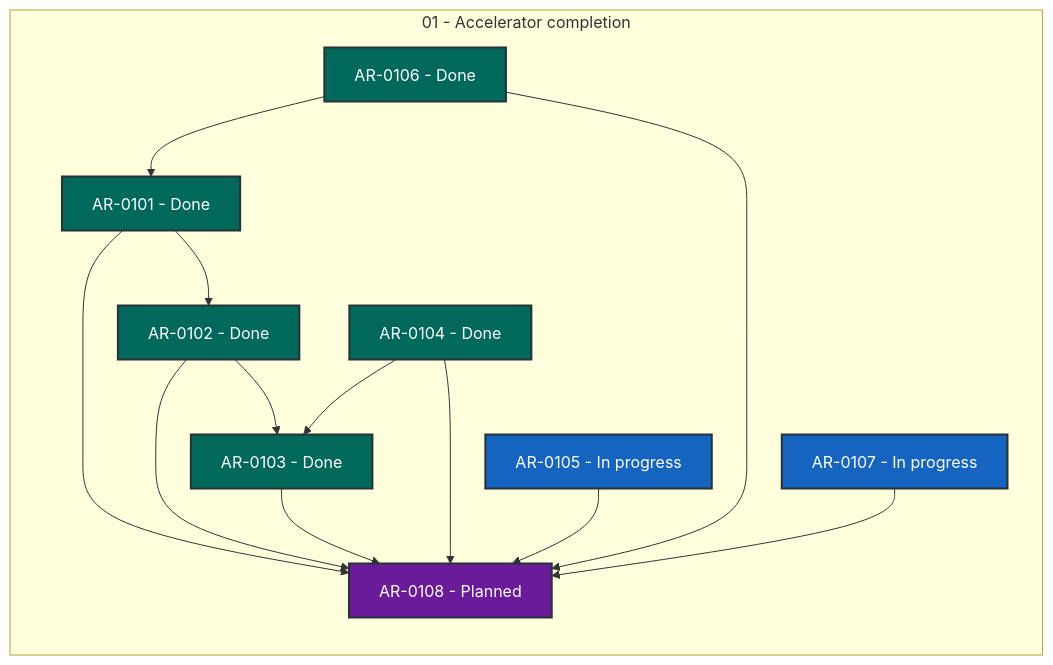
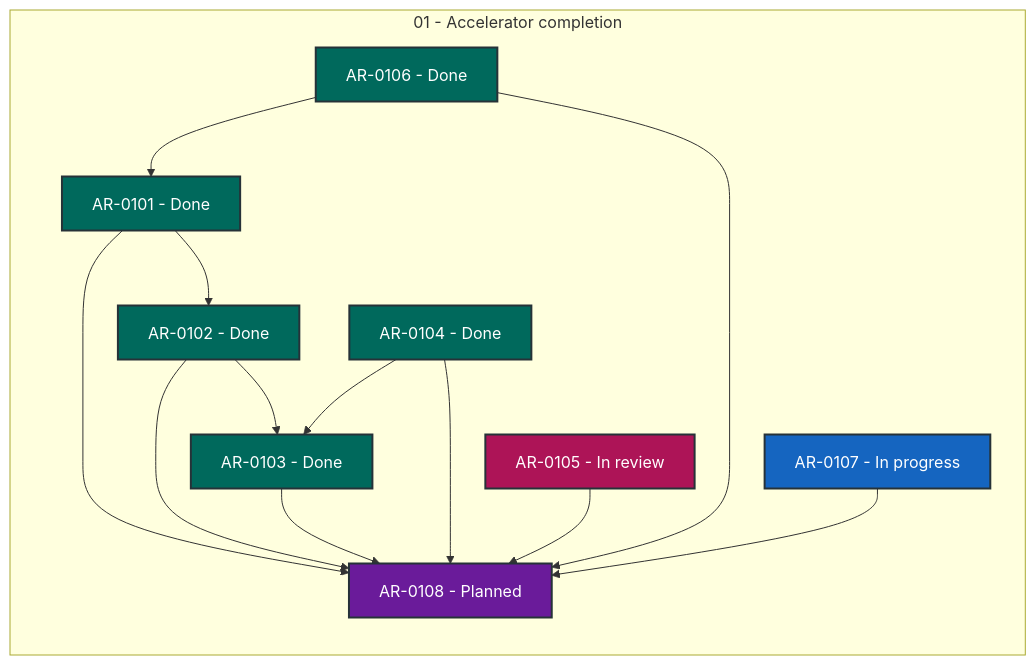
Before and after one commit to locutus3009/exgame: the diagram in coordination/STATUS.md, drawn with Mermaid. The commit also changed other lines of this file and 2 other files, not shown here.

````diff
--- a/coordination/STATUS.md
+++ b/coordination/STATUS.md
@@ -28,34 +28,34 @@
 ```mermaid
 flowchart LR
     subgraph series_01["01 - Accelerator completion"]
         direction TB
         AR_0101["AR-0101 - Done"]:::status_done
         AR_0102["AR-0102 - Done"]:::status_done
         AR_0103["AR-0103 - Done"]:::status_done
         AR_0104["AR-0104 - Done"]:::status_done
-        AR_0105["AR-0105 - In progress"]:::status_in_progress
+        AR_0105["AR-0105 - In review"]:::status_in_review
         AR_0106["AR-0106 - Done"]:::status_done
         AR_0107["AR-0107 - In progress"]:::status_in_progress
         AR_0108["AR-0108 - Planned"]:::status_planned
     end
     AR_0101 --> AR_0102
     AR_0101 --> AR_0108
     AR_0102 --> AR_0103
     AR_0102 --> AR_0108
     AR_0103 --> AR_0108
     AR_0104 --> AR_0103
     AR_0104 --> AR_0108
     AR_0105 --> AR_0108
     AR_0106 --> AR_0101
     AR_0106 --> AR_0108
     AR_0107 --> AR_0108
     classDef status_in_progress fill:#1565c0,color:#ffffff,stroke:#263238,stroke-width:2px
     classDef status_in_review fill:#ad1457,color:#ffffff,stroke:#263238,stroke-width:2px
     classDef status_open fill:#2e7d32,color:#ffffff,stroke:#263238,stroke-width:2px
     classDef status_blocked fill:#c62828,color:#ffffff,stroke:#263238,stroke-width:2px
     classDef status_planned fill:#6a1b9a,color:#ffffff,stroke:#263238,stroke-width:2px
     classDef status_future fill:#455a64,color:#ffffff,stroke:#263238,stroke-width:2px
     classDef status_done fill:#00695c,color:#ffffff,stroke:#263238,stroke-width:2px
     classDef status_cancelled fill:#616161,color:#ffffff,stroke:#263238,stroke-width:2px
     classDef status_superseded fill:#5d4037,color:#ffffff,stroke:#263238,stroke-width:2px
 ```
````
